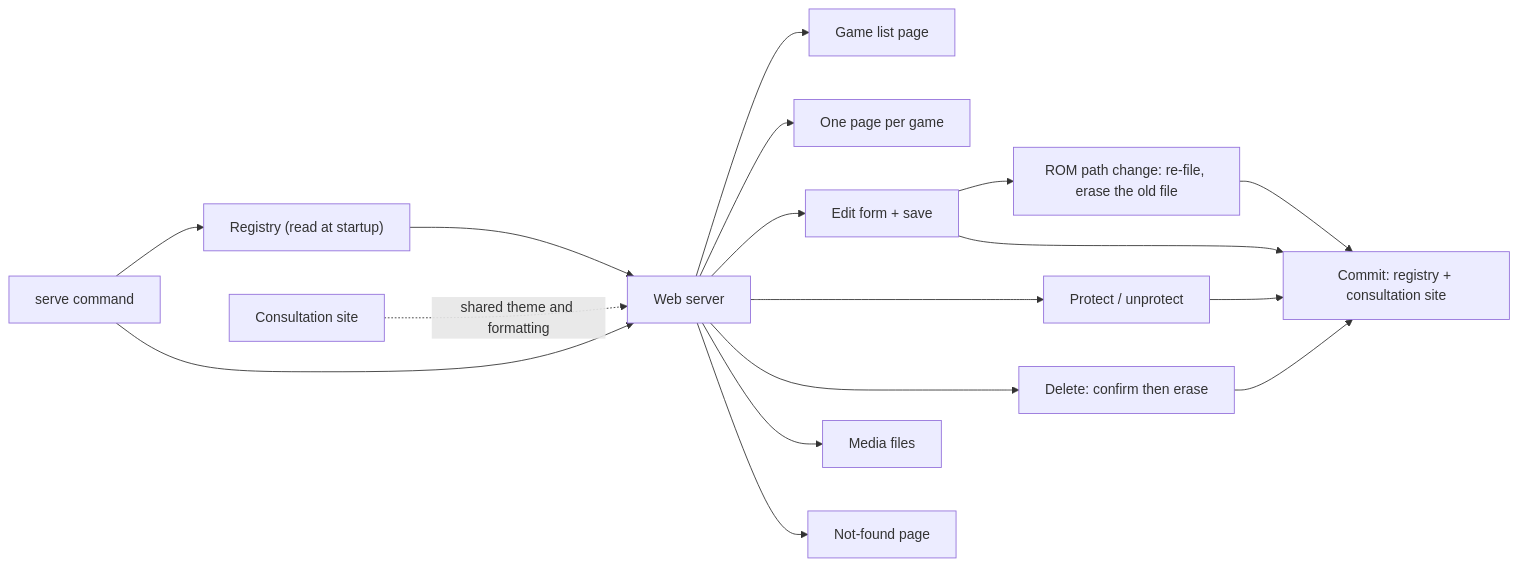
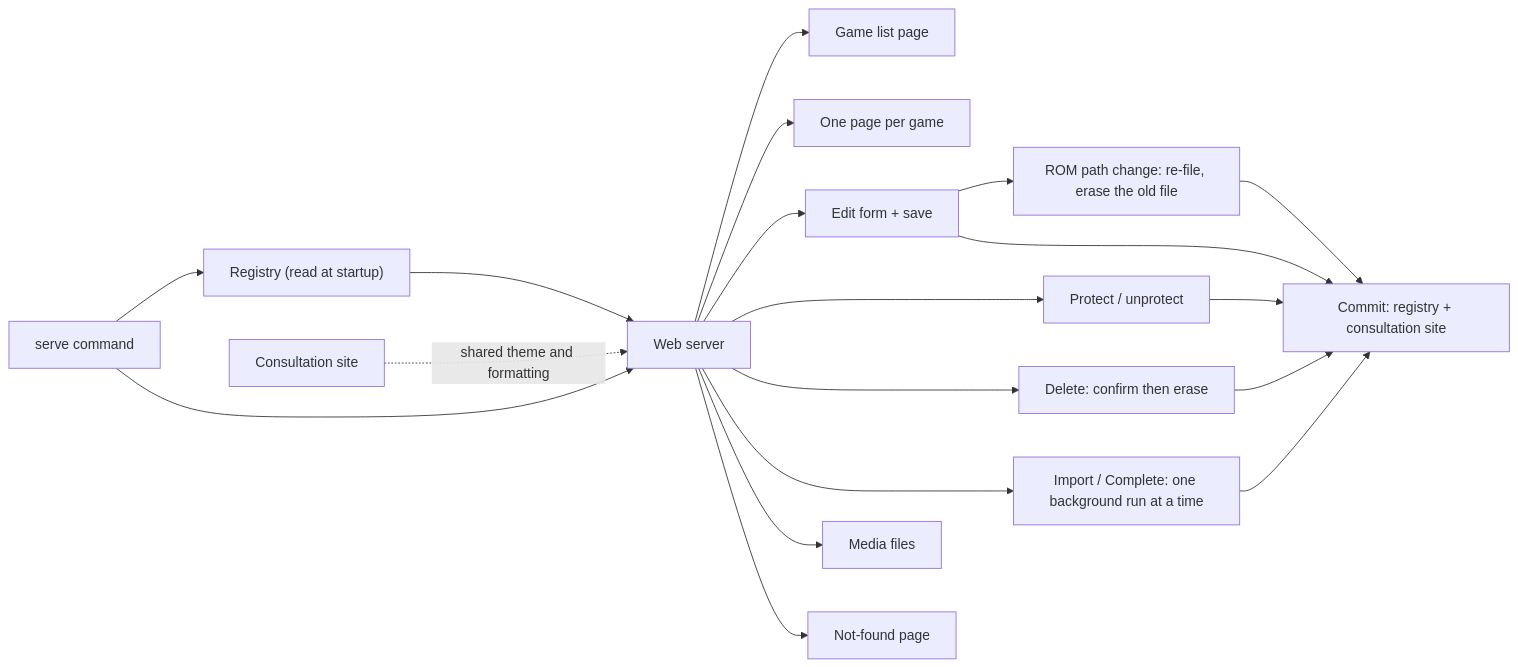
Before and after one commit to neolao/batocera-scrap-manager: the diagram in docs/architecture.md, drawn with Mermaid. The commit also changed other lines of this file and 21 other files, not shown here.

````diff
--- a/docs/architecture.md
+++ b/docs/architecture.md
@@ -60,19 +62,21 @@
 ```mermaid
 flowchart LR
   CLI["serve command"] --> REG["Registry (read at startup)"]
   CLI --> SRV["Web server"]
   REG --> SRV
   SRV --> LIST["Game list page"]
   SRV --> GAME["One page per game"]
   SRV --> EDIT["Edit form + save"]
   EDIT --> PATH["ROM path change: re-file, erase the old file"]
   PATH --> COMMIT
   SRV --> PROT["Protect / unprotect"]
   PROT --> COMMIT
   SRV --> DEL["Delete: confirm then erase"]
   DEL --> COMMIT
+  SRV --> JOB["Import / Complete: one background run at a time"]
+  JOB --> COMMIT
   SRV --> MEDIA["Media files"]
   SRV --> NF["Not-found page"]
   EDIT --> COMMIT["Commit: registry + consultation site"]
   SITE["Consultation site"] -. shared theme and formatting .-> SRV
 ```
````
